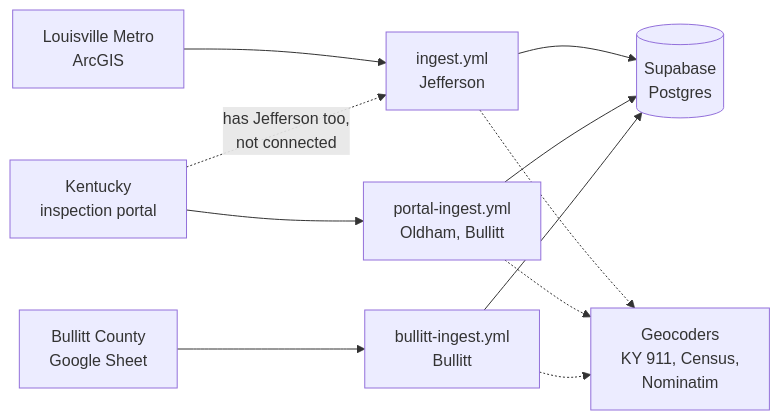
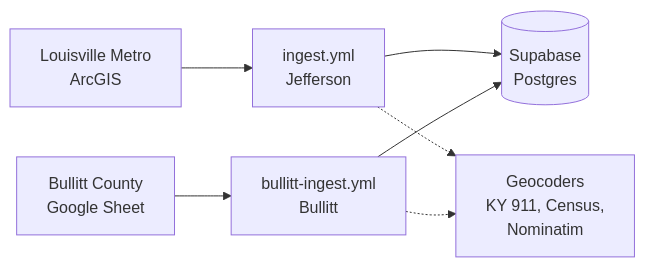
Before and after one commit to AndyGutterman/Louisville-Health-Inspection-Map: the first of 2 diagrams in README.md, drawn with Mermaid. The commit also changed other lines of this file and 5 other files, not shown here.

````diff
--- a/README.md
+++ b/README.md
@@ -30,21 +30,16 @@
 ```mermaid
 flowchart LR
   arcgis["Louisville Metro<br/>ArcGIS"]
-  portal["Kentucky<br/>inspection portal"]
   sheet["Bullitt County<br/>Google Sheet"]
 
   ingest["ingest.yml<br/>Jefferson"]
-  portaljob["portal-ingest.yml<br/>Oldham, Bullitt"]
   bullittjob["bullitt-ingest.yml<br/>Bullitt"]
 
   geocode["Geocoders<br/>KY 911, Census,<br/>Nominatim"]
   db[("Supabase<br/>Postgres")]
 
   arcgis --> ingest --> db
-  portal --> portaljob --> db
   sheet --> bullittjob --> db
   ingest -.-> geocode
-  portaljob -.-> geocode
   bullittjob -.-> geocode
-  portal -.->|has Jefferson too,<br/>not connected| ingest
 ```
````
